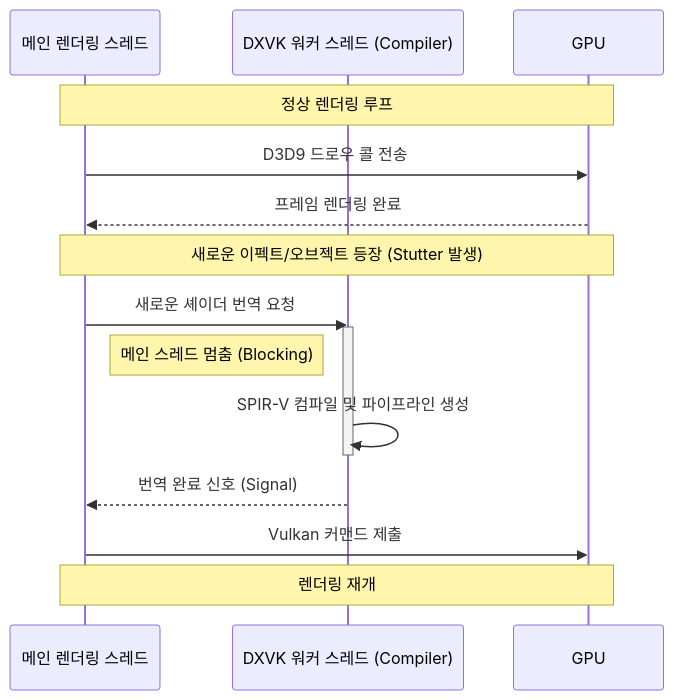
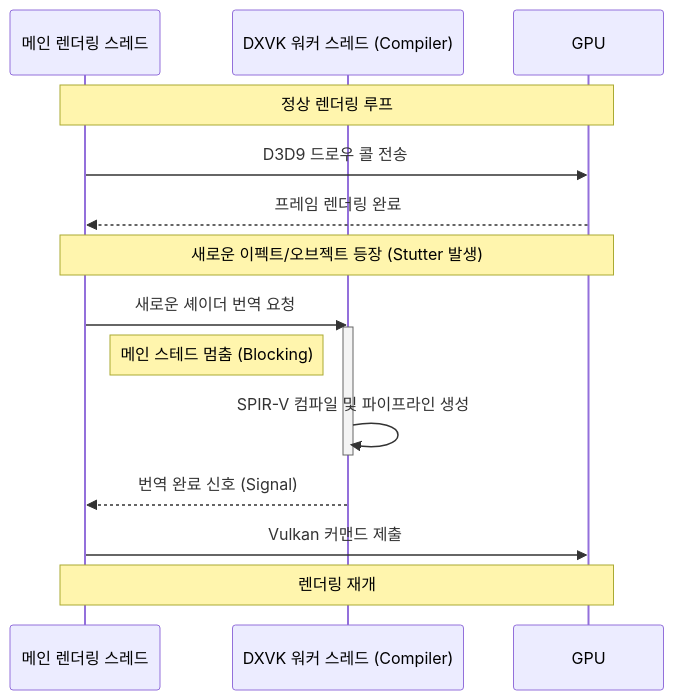
Before and after one commit to Saususge/vercel-blog: the diagram in src/data/blog/mabi-dxvk-profile.mdx, drawn with Mermaid. The commit also changed other lines of this file, not shown here.

````diff
--- a/src/data/blog/mabi-dxvk-profile.mdx
+++ b/src/data/blog/mabi-dxvk-profile.mdx
@@ -38,21 +38,21 @@
 ```mermaid
 sequenceDiagram
     participant M as 메인 렌더링 스레드
     participant W as DXVK 워커 스레드 (Compiler)
     participant G as GPU
 
     Note over M, G: 정상 렌더링 루프
     M->>G: D3D9 드로우 콜 전송
     G-->>M: 프레임 렌더링 완료
 
     Note over M, G: 새로운 이펙트/오브젝트 등장 (Stutter 발생)
     M->>W: 새로운 셰이더 번역 요청
     activate W
-    Note right of M: 메인 스레드 멈춤 (Blocking)
+    Note right of M: 메인 스테드 멈춤 (Blocking)
     W->>W: SPIR-V 컴파일 및 파이프라인 생성
     deactivate W
-    
+
     W-->>M: 번역 완료 신호 (Signal)
     M->>G: Vulkan 커맨드 제출
     Note over M, G: 렌더링 재개
 ```
````
